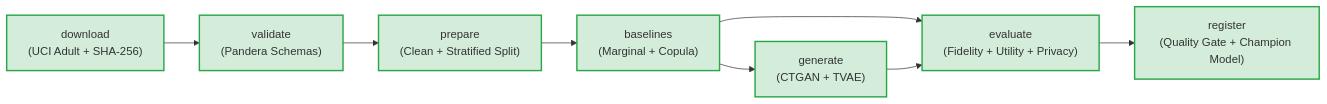
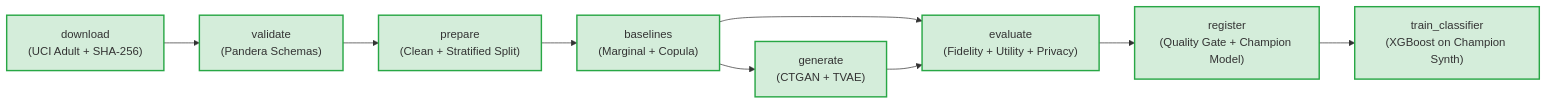
The diagram in README.md (turab1020/SynthGuard-Ops), drawn with Mermaid before and after one commit. The commit also changed other lines of this file, not shown here.

Commit message:
docs: update README with D2-02 train_classifier stage and D2 roadmap

````diff
--- a/README.md
+++ b/README.md
@@ -34,13 +34,14 @@
 ```mermaid
 flowchart LR
     A["download<br/>(UCI Adult + SHA-256)"] --> B["validate<br/>(Pandera Schemas)"]
     B --> C["prepare<br/>(Clean + Stratified Split)"]
     C --> D["baselines<br/>(Marginal + Copula)"]
     D --> E["generate<br/>(CTGAN + TVAE)"]
     D --> F["evaluate<br/>(Fidelity + Utility + Privacy)"]
     E --> F
     F --> G["register<br/>(Quality Gate + Champion Model)"]
+    G --> H["train_classifier<br/>(XGBoost on Champion Synth)"]
 
     classDef completed fill:#d4edda,stroke:#28a745,stroke-width:2px;
-    class A,B,C,D,E,F,G completed;
+    class A,B,C,D,E,F,G,H completed;
 ```
````
